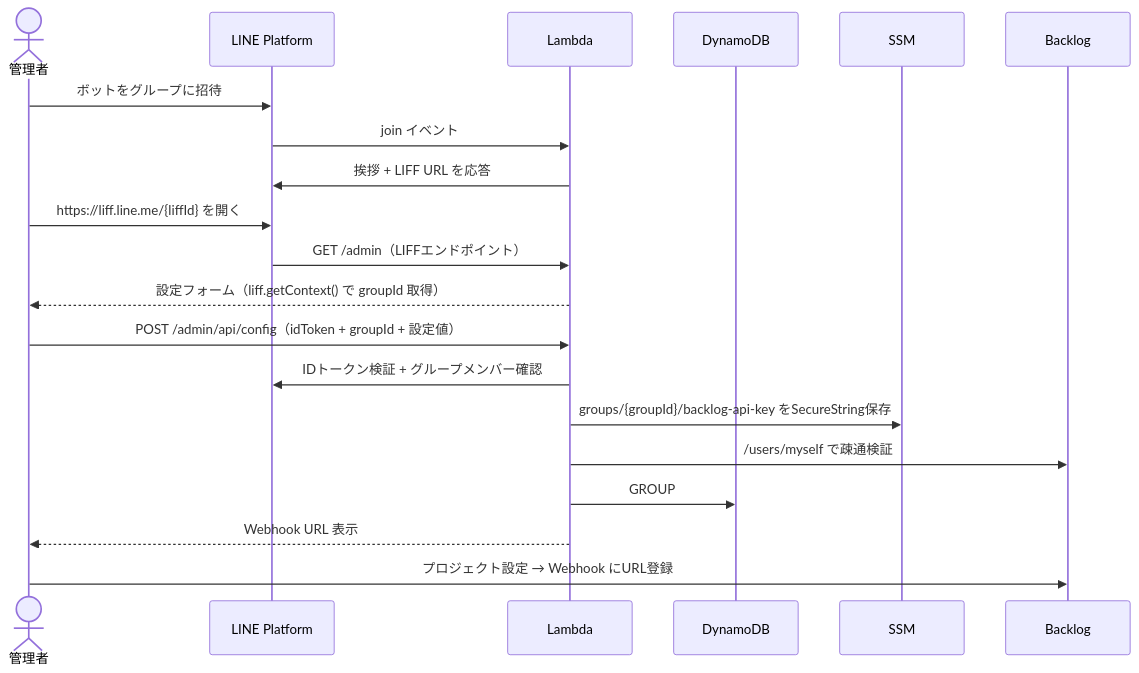
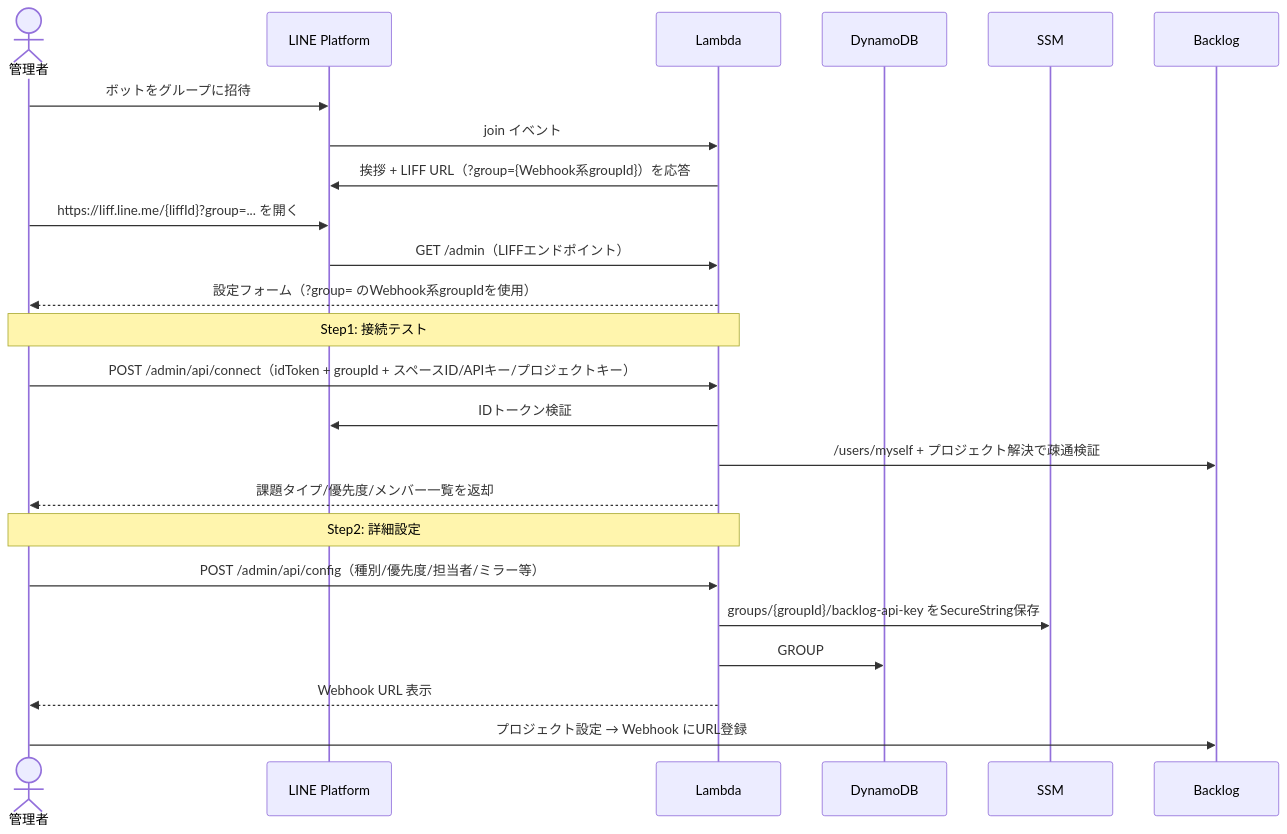
One commit to midnight480/backlog-with-line changed the sixth of 6 diagrams in docs/SEQUENCE.md. Above: the diagram before and after it, drawn with Mermaid. The commit also changed other lines of this file and 2 other files, not shown here.

Commit message:
Update docs for DeepSeek, staged LIFF setup, and tap feedback
SEQUENCE/README still described the draft model as Grok 4.6 and
the LIFF flow as a single-stage form keyed by the LIFF context
groupId. Docs now reflect DeepSeek V3.2, the connect-test ->
detail two-stage flow bound by the webhook groupId, and the
displayText/loading tap feedback.

Generated with [Devin](https://devin.ai)

````diff
--- a/docs/SEQUENCE.md
+++ b/docs/SEQUENCE.md
@@ -134,23 +136,27 @@
 ```mermaid
 sequenceDiagram
     actor A as 管理者
     participant L as LINE Platform
     participant W as Lambda
     participant DB as DynamoDB
     participant S as SSM
     participant B as Backlog
 
     A->>L: ボットをグループに招待
     L->>W: join イベント
-    W->>L: 挨拶 + LIFF URL を応答
-    A->>L: https://liff.line.me/{liffId} を開く
+    W->>L: 挨拶 + LIFF URL（?group={Webhook系groupId}）を応答
+    A->>L: https://liff.line.me/{liffId}?group=... を開く
     L->>W: GET /admin（LIFFエンドポイント）
-    W-->>A: 設定フォーム（liff.getContext() で groupId 取得）
-    A->>W: POST /admin/api/config（idToken + groupId + 設定値）
-    W->>L: IDトークン検証 + グループメンバー確認
+    W-->>A: 設定フォーム（?group= のWebhook系groupIdを使用）
+    Note over A,W: Step1: 接続テスト
+    A->>W: POST /admin/api/connect（idToken + groupId + スペースID/APIキー/プロジェクトキー）
+    W->>L: IDトークン検証
+    W->>B: /users/myself + プロジェクト解決で疎通検証
+    W-->>A: 課題タイプ/優先度/メンバー一覧を返却
+    Note over A,W: Step2: 詳細設定
+    A->>W: POST /admin/api/config（種別/優先度/担当者/ミラー等）
     W->>S: groups/{groupId}/backlog-api-key をSecureString保存
-    W->>B: /users/myself で疎通検証
     W->>DB: GROUP# + WBTOKEN# 保存（webhookToken払出）
     W-->>A: Webhook URL 表示
     A->>B: プロジェクト設定 → Webhook にURL登録
 ```
````
